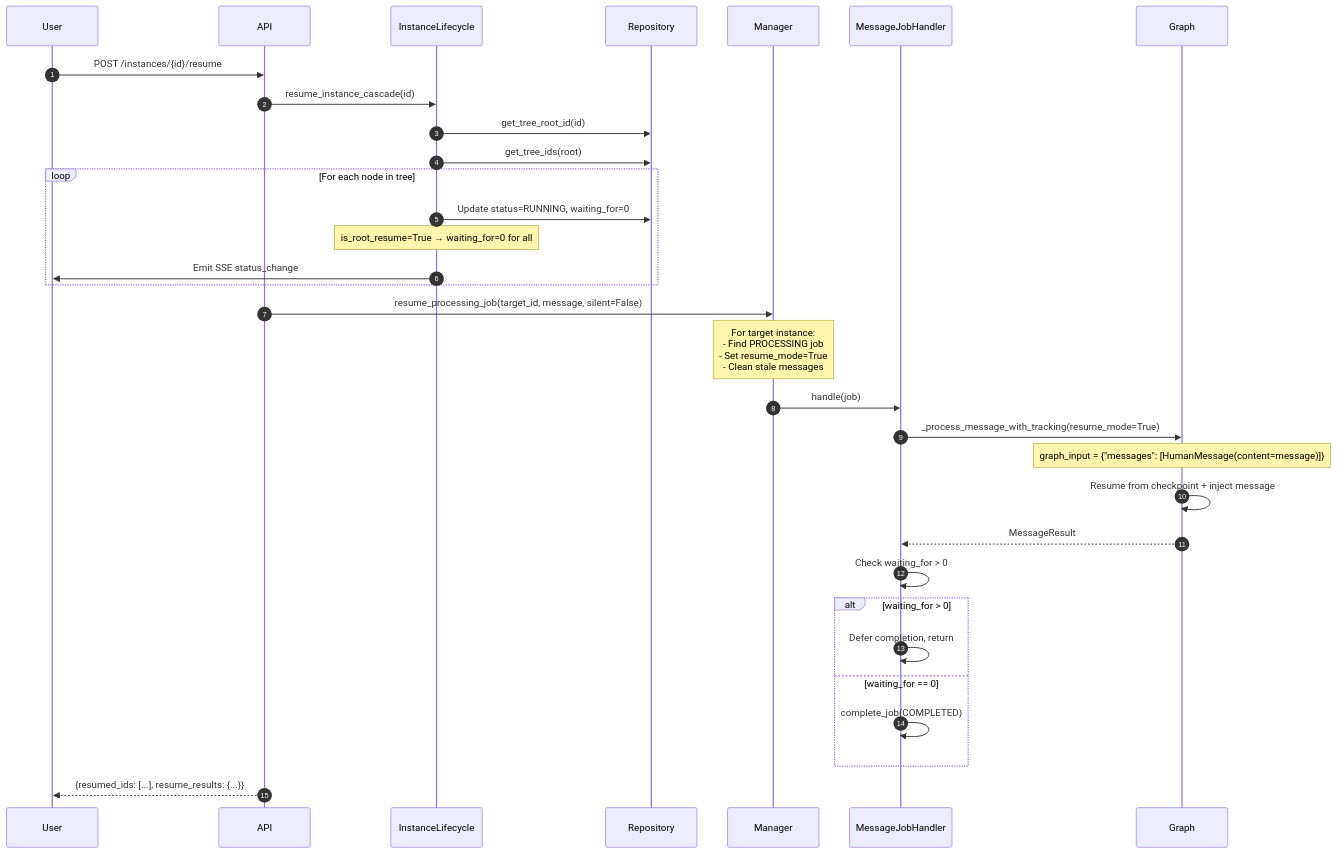
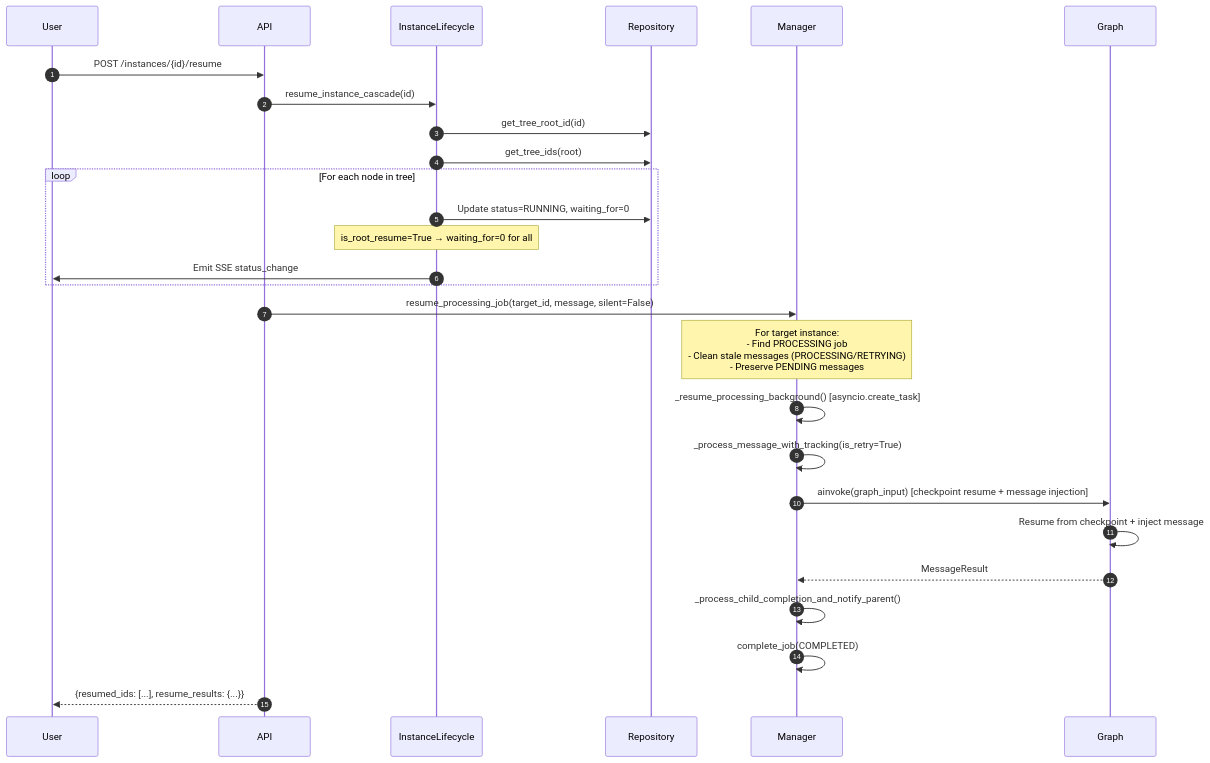
Before and after one commit to disillusioners/ensemble: the third of 9 diagrams in docs/architecture/job-task-pause-resume.md, drawn with Mermaid. The commit also changed other lines of this file, not shown here.

First line of the commit message:
docs: fix architecture doc — 9 corrections from review feedback

````diff
--- a/docs/architecture/job-task-pause-resume.md
+++ b/docs/architecture/job-task-pause-resume.md
@@ -503,35 +512,30 @@
 ```mermaid
 sequenceDiagram
     autonumber
     participant User
     participant API
     participant InstanceLifecycle
     participant Repository
     participant Manager
-    participant MessageJobHandler
     participant Graph
 
     User->>API: POST /instances/{id}/resume
     API->>InstanceLifecycle: resume_instance_cascade(id)
     InstanceLifecycle->>Repository: get_tree_root_id(id)
     InstanceLifecycle->>Repository: get_tree_ids(root)
     loop For each node in tree
         InstanceLifecycle->>Repository: Update status=RUNNING, waiting_for=0
         Note over InstanceLifecycle: is_root_resume=True → waiting_for=0 for all
         InstanceLifecycle->>User: Emit SSE status_change
     end
     API->>Manager: resume_processing_job(target_id, message, silent=False)
-    Note over Manager: For target instance:<br/>- Find PROCESSING job<br/>- Set resume_mode=True<br/>- Clean stale messages
-    Manager->>MessageJobHandler: handle(job)
-    MessageJobHandler->>Graph: _process_message_with_tracking(resume_mode=True)
-    Note over Graph: graph_input = {"messages": [HumanMessage(content=message)]}
+    Note over Manager: For target instance:<br/>- Find PROCESSING job<br/>- Clean stale messages (PROCESSING/RETRYING)<br/>- Preserve PENDING messages
+    Manager->>Manager: _resume_processing_background() [asyncio.create_task]
+    Manager->>Manager: _process_message_with_tracking(is_retry=True)
+    Manager->>Graph: ainvoke(graph_input) [checkpoint resume + message injection]
     Graph->>Graph: Resume from checkpoint + inject message
-    Graph-->>MessageJobHandler: MessageResult
-    MessageJobHandler->>MessageJobHandler: Check waiting_for > 0
-    alt waiting_for > 0
-        MessageJobHandler->>MessageJobHandler: Defer completion, return
-    else waiting_for == 0
-        MessageJobHandler->>MessageJobHandler: complete_job(COMPLETED)
-    end
+    Graph-->>Manager: MessageResult
+    Manager->>Manager: _process_child_completion_and_notify_parent()
+    Manager->>Manager: complete_job(COMPLETED)
     API-->>User: {resumed_ids: [...], resume_results: {...}}
 ```
````
